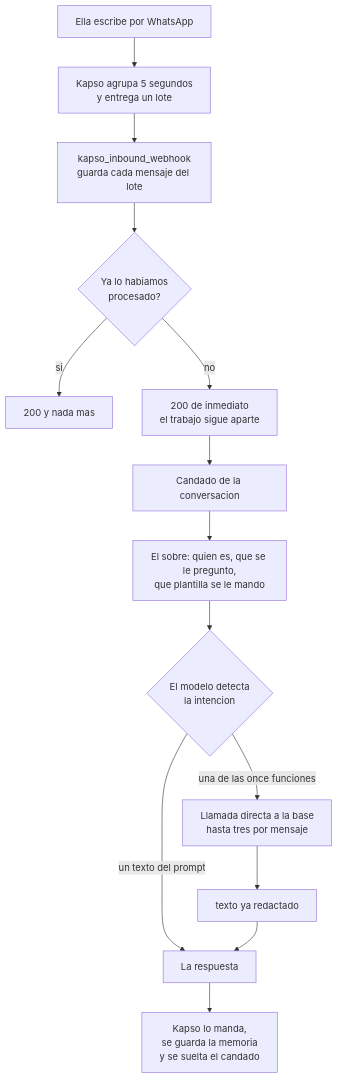
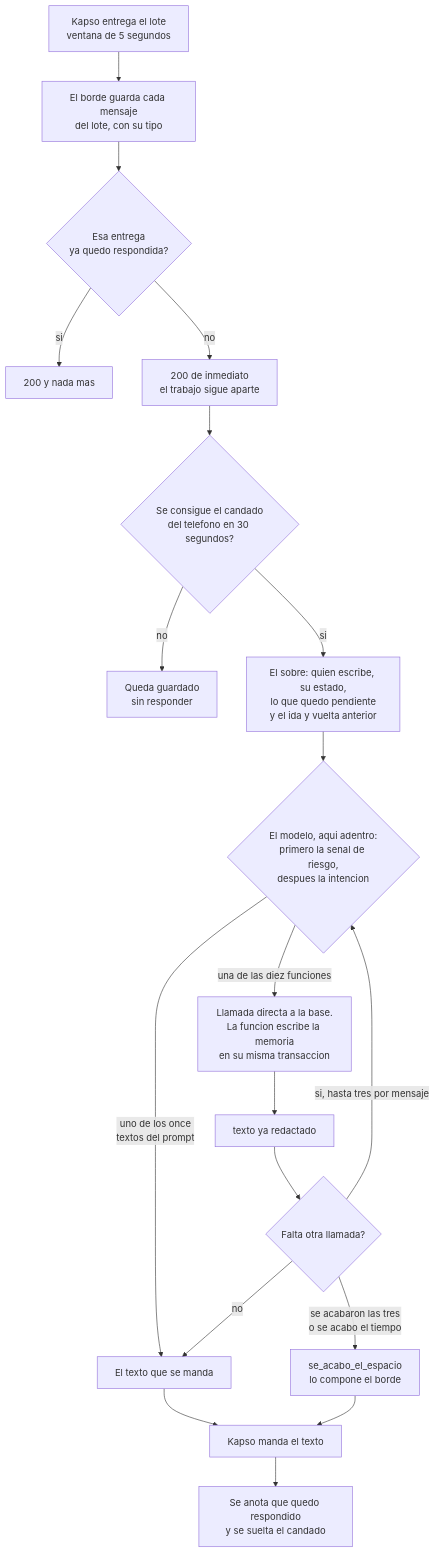
Before and after one commit to meagendamx-a11y/agente_ia_pseudocodigo: the diagram in docs/07-portero.md, drawn with Mermaid. The commit also changed other lines of this file and 10 other files, not shown here.

````diff
--- a/docs/07-portero.md
+++ b/docs/07-portero.md
@@ -49,16 +61,21 @@
 ```mermaid
 flowchart TD
-    A["Ella escribe por WhatsApp"] --> B["Kapso agrupa 5 segundos<br/>y entrega un lote"]
-    B --> C["kapso_inbound_webhook<br/>guarda cada mensaje del lote"]
-    C --> D{"Ya lo habiamos<br/>procesado?"}
-    D -->|"si"| E["200 y nada mas"]
-    D -->|"no"| F["200 de inmediato<br/>el trabajo sigue aparte"]
-    F --> G["Candado de la conversacion"]
-    G --> H["El sobre: quien es, que se le pregunto,<br/>que plantilla se le mando"]
-    H --> I{"El modelo detecta<br/>la intencion"}
-    I -->|"un texto del prompt"| L["La respuesta"]
-    I -->|"una de las once funciones"| J["Llamada directa a la base<br/>hasta tres por mensaje"]
-    J --> K["texto ya redactado"]
-    K --> L
-    L --> M["Kapso lo manda,<br/>se guarda la memoria<br/>y se suelta el candado"]
+    A["Kapso entrega el lote<br/>ventana de 5 segundos"] --> B["El borde guarda cada mensaje<br/>del lote, con su tipo"]
+    B --> C{"Esa entrega<br/>ya quedo respondida?"}
+    C -->|"si"| D["200 y nada mas"]
+    C -->|"no"| E["200 de inmediato<br/>el trabajo sigue aparte"]
+    E --> F{"Se consigue el candado<br/>del telefono en 30 segundos?"}
+    F -->|"no"| G["Queda guardado<br/>sin responder"]
+    F -->|"si"| H["El sobre: quien escribe, su estado,<br/>lo que quedo pendiente<br/>y el ida y vuelta anterior"]
+    H --> I{"El modelo, aqui adentro:<br/>primero la senal de riesgo,<br/>despues la intencion"}
+    I -->|"uno de los once<br/>textos del prompt"| M["El texto que se manda"]
+    I -->|"una de las diez funciones"| J["Llamada directa a la base.<br/>La funcion escribe la memoria<br/>en su misma transaccion"]
+    J --> T["texto ya redactado"]
+    T --> K{"Falta otra llamada?"}
+    K -->|"si, hasta tres por mensaje"| I
+    K -->|"no"| M
+    K -->|"se acabaron las tres<br/>o se acabo el tiempo"| L["se_acabo_el_espacio<br/>lo compone el borde"]
+    L --> N
+    M --> N["Kapso manda el texto"]
+    N --> O["Se anota que quedo respondido<br/>y se suelta el candado"]
 ```
````
